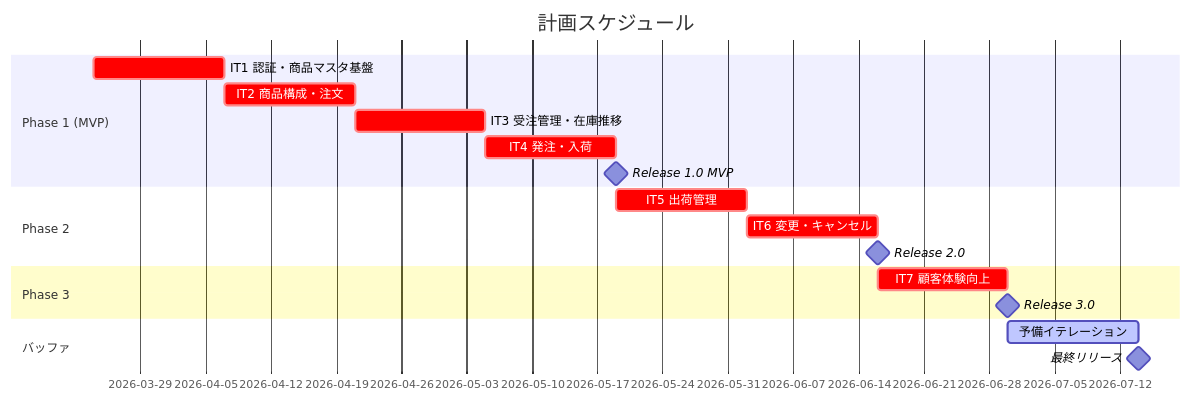
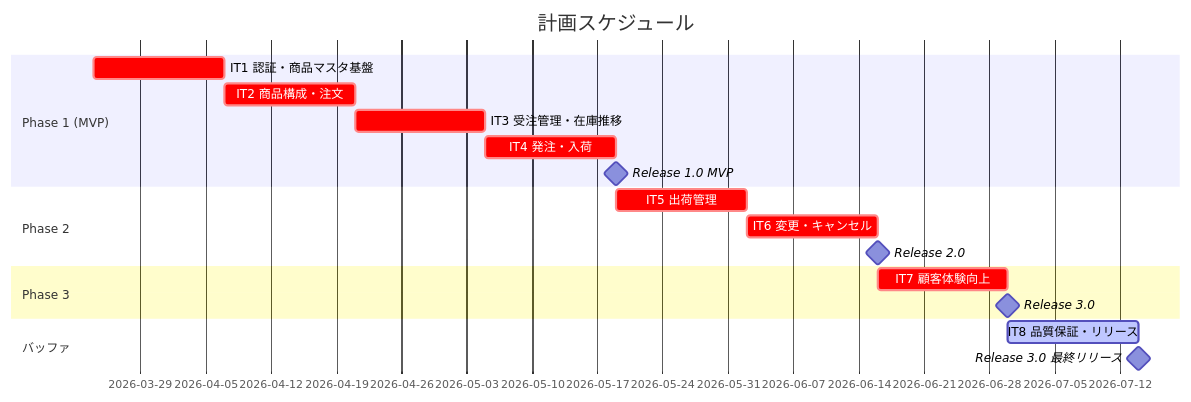
Before and after one commit to k2works/case-study-sdd-development: the first of 3 diagrams in docs/development/release_plan.md, drawn with Mermaid. The commit also changed other lines of this file and 3 other files, not shown here.

````diff
--- a/docs/development/release_plan.md
+++ b/docs/development/release_plan.md
@@ -140,21 +140,21 @@
 ```mermaid
 gantt
     title 計画スケジュール
     dateFormat  YYYY-MM-DD
     section Phase 1 (MVP)
     IT1 認証・商品マスタ基盤         :crit, p1-1, 2026-03-24, 14d
     IT2 商品構成・注文               :crit, p1-2, after p1-1, 14d
     IT3 受注管理・在庫推移           :crit, p1-3, after p1-2, 14d
     IT4 発注・入荷                   :crit, p1-4, after p1-3, 14d
     Release 1.0 MVP                  :milestone, m1, after p1-4, 0d
     section Phase 2
     IT5 出荷管理                     :crit, p2-1, after p1-4, 14d
     IT6 変更・キャンセル             :crit, p2-2, after p2-1, 14d
     Release 2.0                      :milestone, m2, after p2-2, 0d
     section Phase 3
     IT7 顧客体験向上                 :crit, p3-1, after p2-2, 14d
     Release 3.0                      :milestone, m3, after p3-1, 0d
     section バッファ
-    予備イテレーション               :active, buf, after p3-1, 14d
-    最終リリース                     :milestone, mf, after buf, 0d
+    IT8 品質保証・リリース           :active, buf, after p3-1, 14d
+    Release 3.0 最終リリース         :milestone, mf, after buf, 0d
 ```
````
